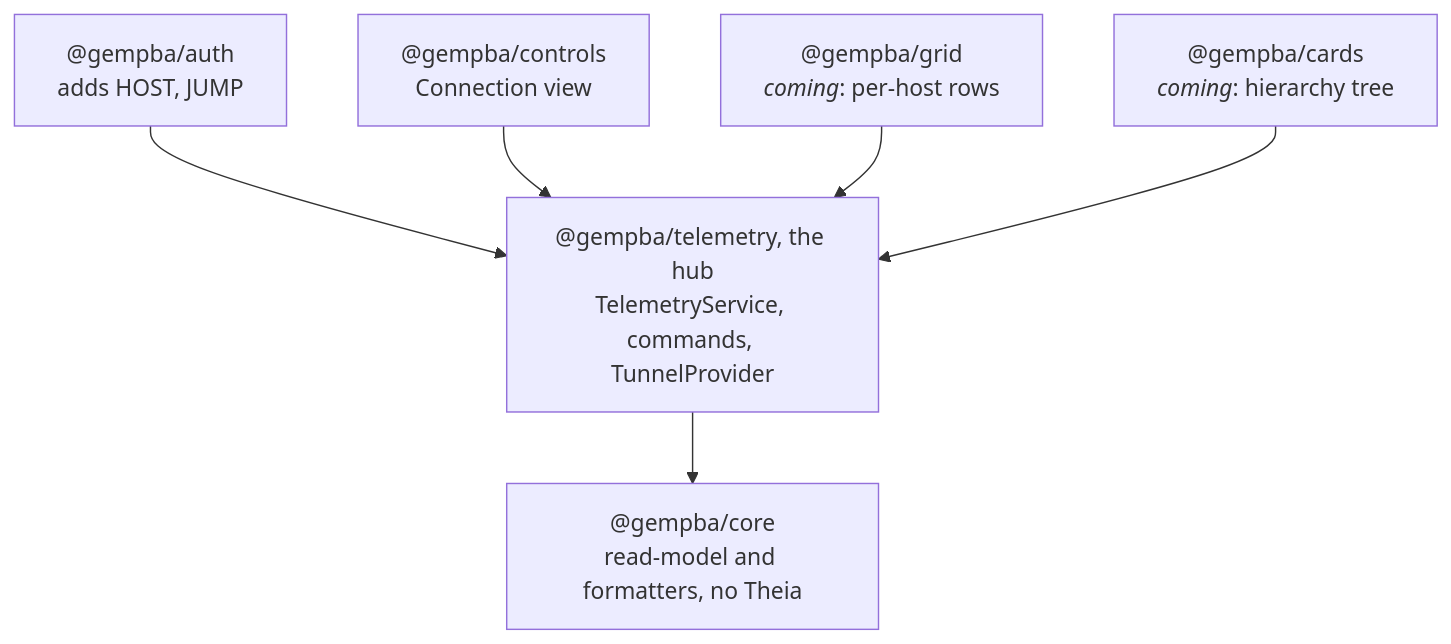
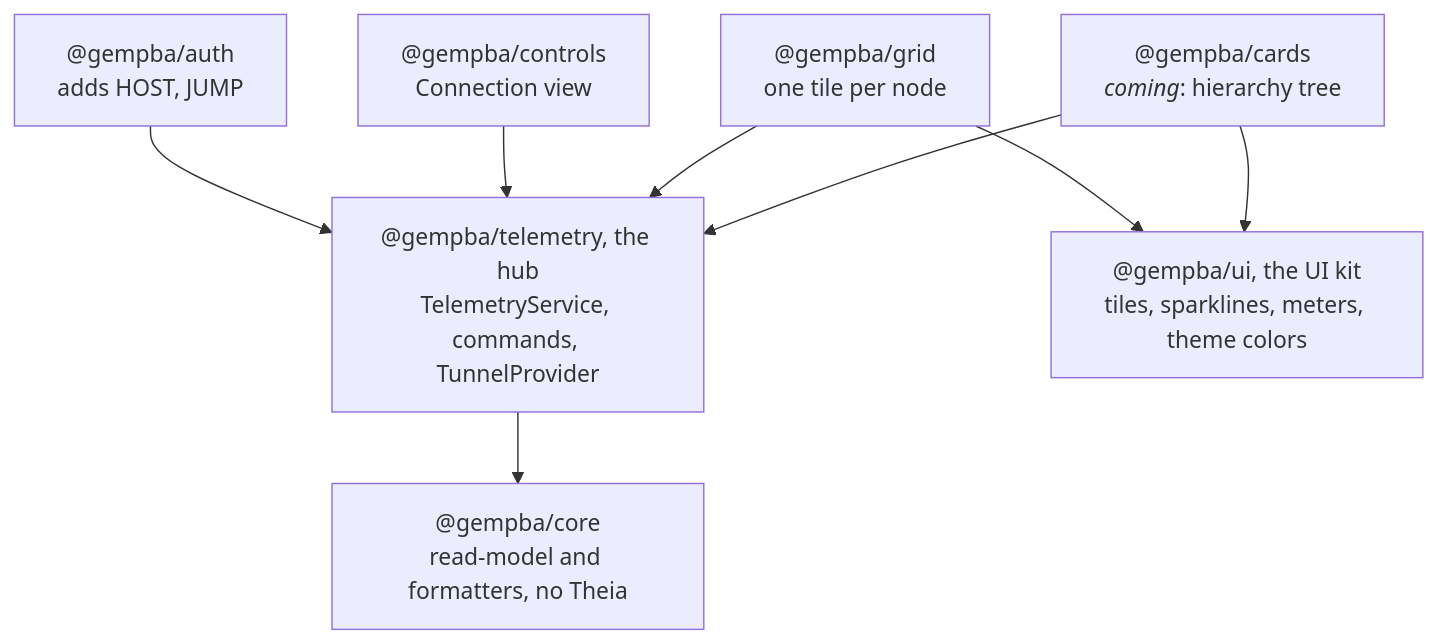
The third of 3 diagrams in ARCHITECTURE.md (rapastranac/gempba-dashboard), drawn with Mermaid before and after one commit. The commit also changed other lines of this file, not shown here.

First line of the commit message:
#28 Document the UI kit and the grid in ARCHITECTURE.md

````diff
--- a/ARCHITECTURE.md
+++ b/ARCHITECTURE.md
@@ -137,14 +147,17 @@
 ```mermaid
 flowchart TB
     auth["@gempba/auth<br/>adds HOST, JUMP"]
     controls["@gempba/controls<br/>Connection view"]
-    grid["@gempba/grid<br/><i>coming</i>: per-host rows"]
+    grid["@gempba/grid<br/>one tile per node"]
     cards["@gempba/cards<br/><i>coming</i>: hierarchy tree"]
     telemetry["@gempba/telemetry, the hub<br/>TelemetryService, commands, TunnelProvider"]
+    ui["@gempba/ui, the UI kit<br/>tiles, sparklines, meters, theme colors"]
     core["@gempba/core<br/>read-model and formatters, no Theia"]
     auth --> telemetry
     controls --> telemetry
     grid --> telemetry
+    grid --> ui
     cards --> telemetry
+    cards --> ui
     telemetry --> core
 ```
````
